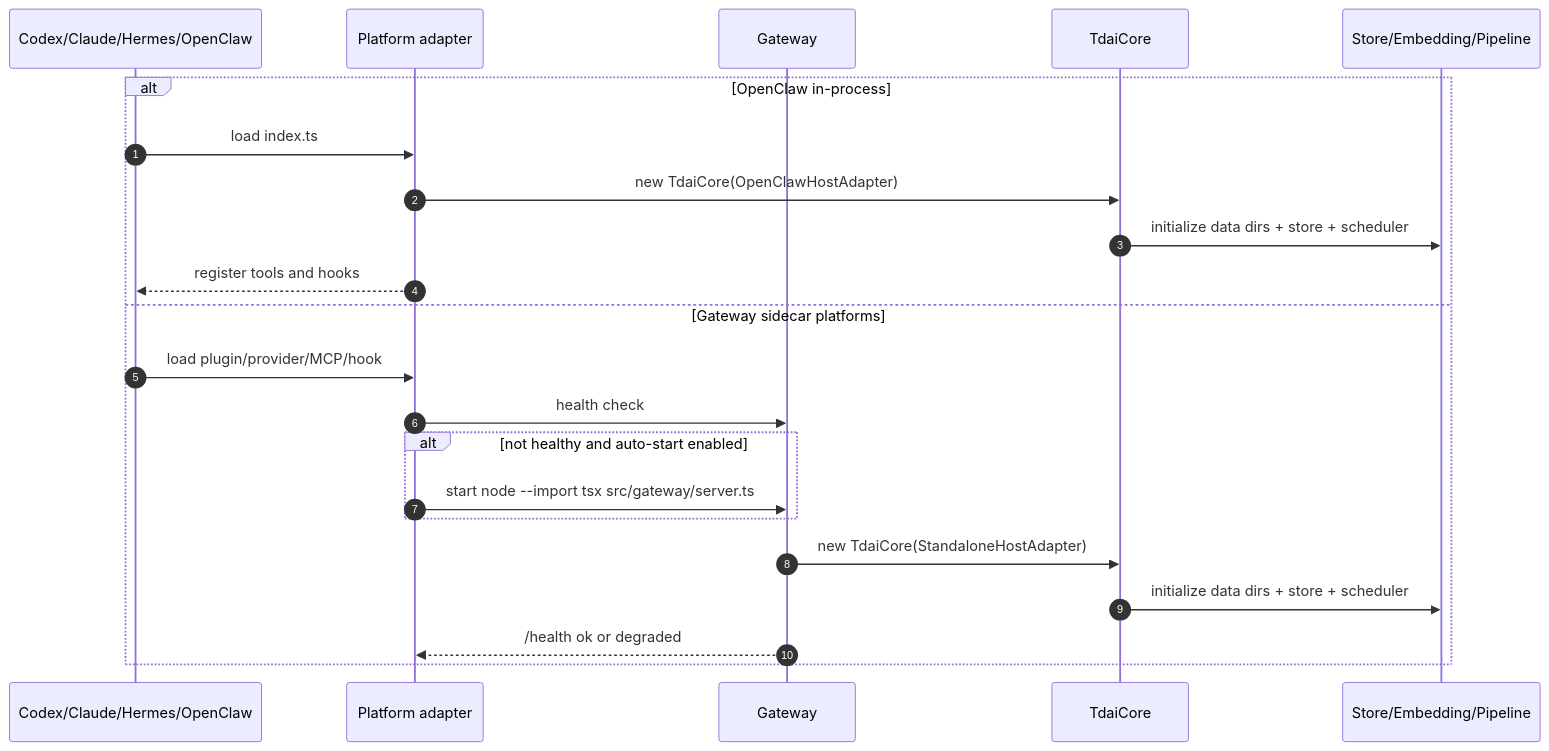
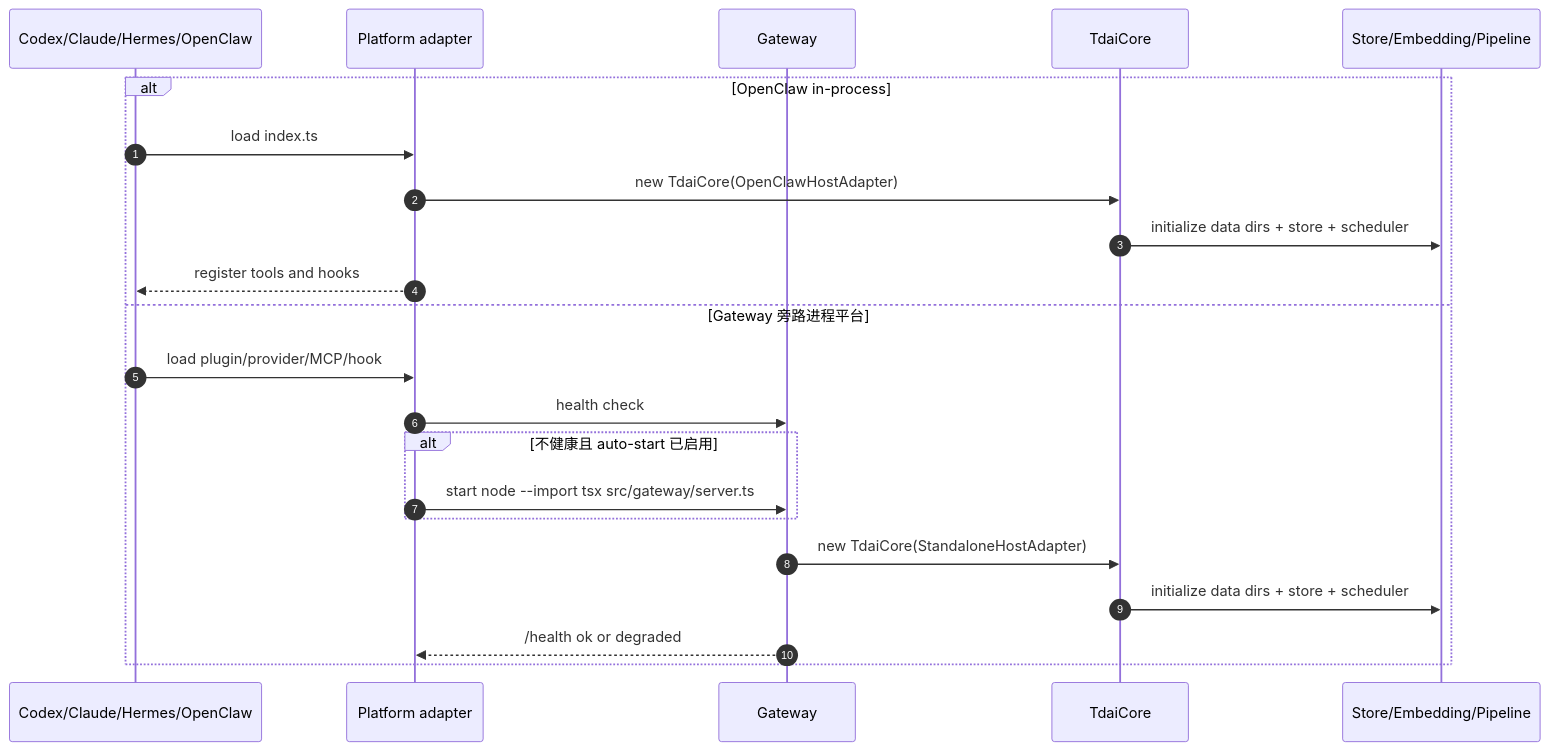
Before and after one commit to soongao/TencentDB-Agent-Memory: the diagram in Rhino-Bird/tdai-memory-dissection/01-entrypoints.md, drawn with Mermaid. The commit also changed other lines of this file and 17 other files, not shown here.

````diff
--- a/Rhino-Bird/tdai-memory-dissection/01-entrypoints.md
+++ b/Rhino-Bird/tdai-memory-dissection/01-entrypoints.md
@@ -22,25 +22,25 @@
 ```mermaid
 sequenceDiagram
   autonumber
   participant Host as Codex/Claude/Hermes/OpenClaw
   participant Plugin as Platform adapter
   participant GW as Gateway
   participant Core as TdaiCore
   participant Store as Store/Embedding/Pipeline
 
   alt OpenClaw in-process
     Host->>Plugin: load index.ts
     Plugin->>Core: new TdaiCore(OpenClawHostAdapter)
     Core->>Store: initialize data dirs + store + scheduler
     Plugin-->>Host: register tools and hooks
-  else Gateway sidecar platforms
+  else Gateway 旁路进程平台
     Host->>Plugin: load plugin/provider/MCP/hook
     Plugin->>GW: health check
-    alt not healthy and auto-start enabled
+    alt 不健康且 auto-start 已启用
       Plugin->>GW: start node --import tsx src/gateway/server.ts
     end
     GW->>Core: new TdaiCore(StandaloneHostAdapter)
     Core->>Store: initialize data dirs + store + scheduler
     GW-->>Plugin: /health ok or degraded
   end
 ```
````
